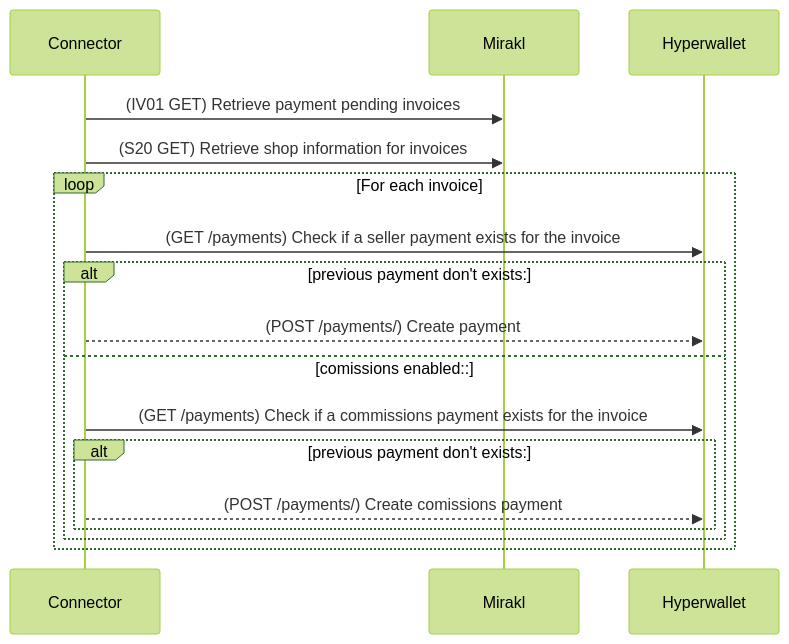
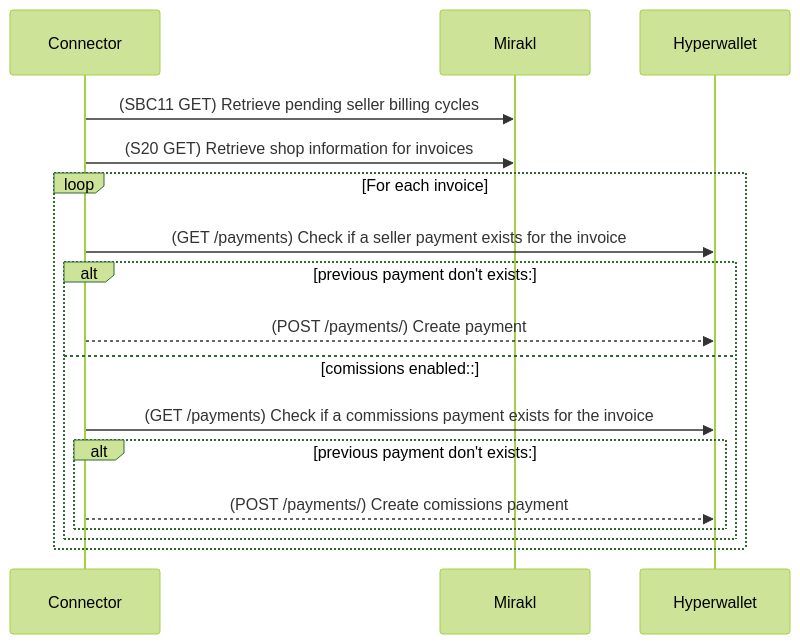
Before and after one commit to paypal/mirakl-hyperwallet-connector: the diagram in docs/content/modules/payout/pages/invoices/payout-invoices-overview.adoc, drawn with Mermaid (forest theme). The commit also changed 603 other files, not shown here.

```diff
--- a/docs/content/modules/payout/pages/invoices/payout-invoices-overview.adoc
+++ b/docs/content/modules/payout/pages/invoices/payout-invoices-overview.adoc
@@ -31,17 +31,17 @@
 [mermaid,invoice-extraction]
 ....
 sequenceDiagram
-    Connector ->> Mirakl: (IV01 GET) Retrieve payment pending invoices
+    Connector ->> Mirakl: (SBC11 GET) Retrieve pending seller billing cycles
     Connector ->> Mirakl: (S20 GET) Retrieve shop information for invoices
     loop For each invoice
         Connector ->> Hyperwallet: (GET /payments) Check if a seller payment exists for the invoice
         alt previous payment don't exists:            
             Connector -->> Hyperwallet: (POST /payments/) Create payment
         else comissions enabled::            
             Connector ->> Hyperwallet: (GET /payments) Check if a commissions payment exists for the invoice
             alt previous payment don't exists:            
                 Connector -->> Hyperwallet: (POST /payments/) Create comissions payment
             end
         end
     end    
 ....
```
